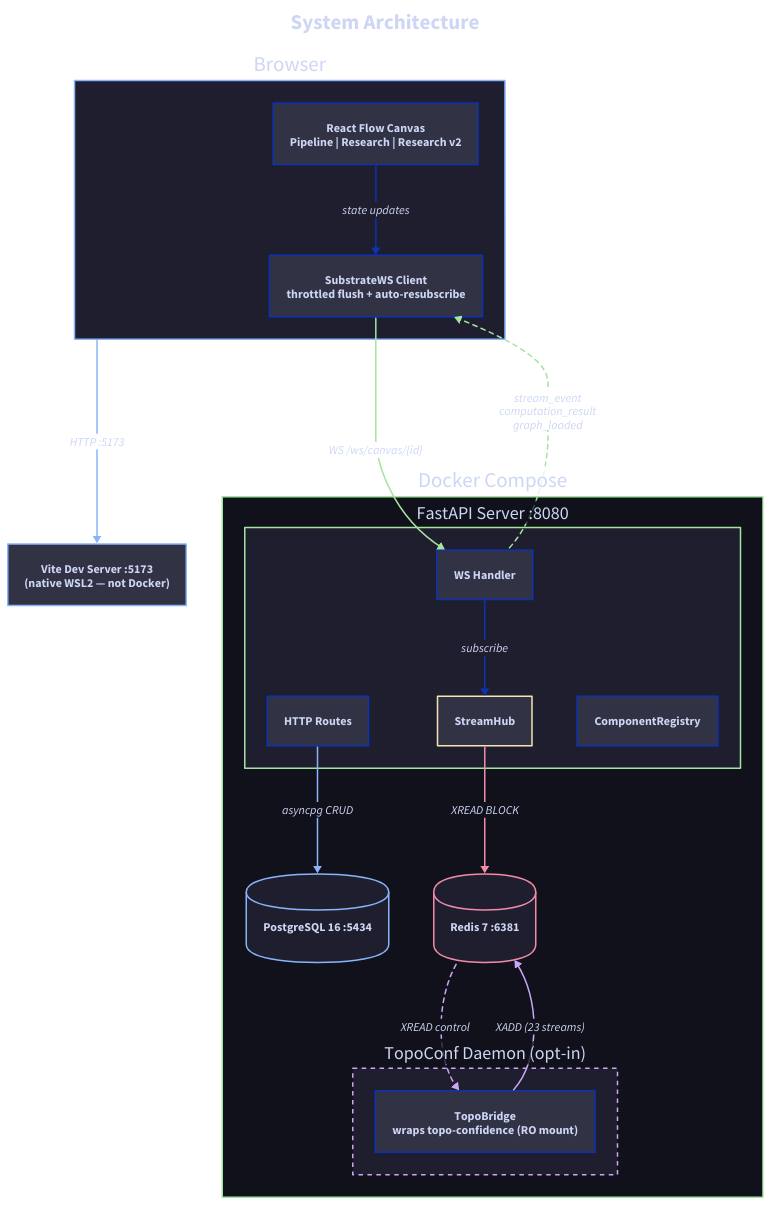
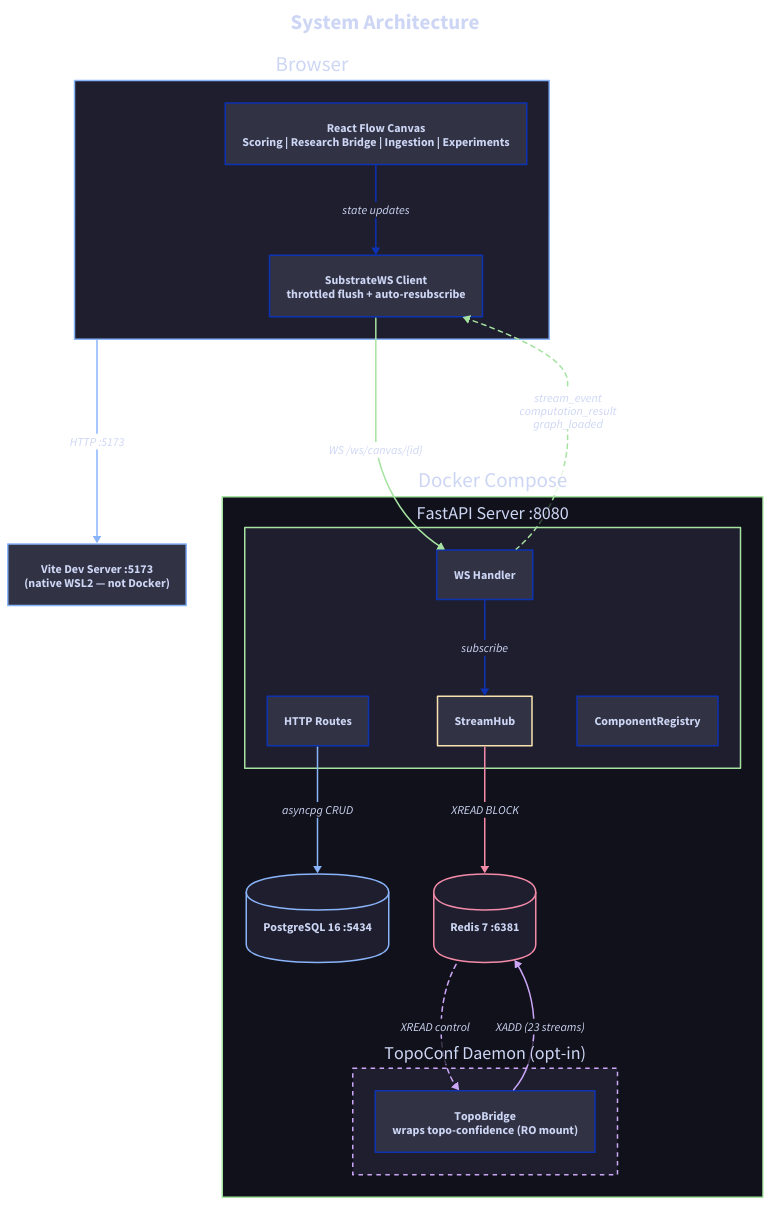
Before and after one commit to musicofhel/node-graph-substrate: the diagram in docs/diagrams/01-system-architecture.d2, drawn with D2. The commit also changed 13 other files, not shown here.

First line of the commit message:
docs: update + re-render D2 diagrams to match pack-based architecture

```diff
--- a/docs/diagrams/01-system-architecture.d2
+++ b/docs/diagrams/01-system-architecture.d2
@@ -1,135 +1,135 @@
 direction: down
 
 title: {
   label: System Architecture
   near: top-center
   shape: text
   style.font-size: 28
   style.bold: true
   style.font-color: "#cdd6f4"
 }
 
 browser: Browser {
   style.fill: "#1e1e2e"
   style.stroke: "#89b4fa"
   style.font-color: "#cdd6f4"
 
-  react: "React Flow Canvas\nPipeline | Research | Research v2" {
+  react: "React Flow Canvas\nScoring | Research Bridge | Ingestion | Experiments" {
     style.fill: "#313244"
     style.font-color: "#cdd6f4"
   }
   ws_client: "SubstrateWS Client\nthrottled flush + auto-resubscribe" {
     style.fill: "#313244"
     style.font-color: "#cdd6f4"
   }
   react -> ws_client: "state updates" {
     style.stroke-width: 2
     style.font-color: "#cdd6f4"
   }
 }
 
 vite: "Vite Dev Server :5173\n(native WSL2 — not Docker)" {
   style.fill: "#313244"
   style.stroke: "#89b4fa"
   style.font-color: "#cdd6f4"
 }
 
 docker: Docker Compose {
   style.fill: "#11111b"
   style.stroke: "#a6e3a1"
   style.font-color: "#cdd6f4"
 
   server: "FastAPI Server :8080" {
     style.fill: "#1e1e2e"
     style.stroke: "#a6e3a1"
     style.font-color: "#cdd6f4"
 
     http: HTTP Routes {
       style.fill: "#313244"
       style.font-color: "#cdd6f4"
     }
     ws_handler: WS Handler {
       style.fill: "#313244"
       style.font-color: "#cdd6f4"
     }
     streamhub: StreamHub {
       style.fill: "#313244"
       style.stroke: "#f9e2af"
       style.font-color: "#cdd6f4"
     }
     registry: ComponentRegistry {
       style.fill: "#313244"
       style.font-color: "#cdd6f4"
     }
 
     ws_handler -> streamhub: "subscribe" {
       style.stroke-width: 2
       style.font-color: "#cdd6f4"
     }
   }
 
   postgres: "PostgreSQL 16 :5434" {
     style.fill: "#1e1e2e"
     style.stroke: "#89b4fa"
     style.font-color: "#cdd6f4"
     shape: cylinder
   }
 
   redis: "Redis 7 :6381" {
     style.fill: "#1e1e2e"
     style.stroke: "#f38ba8"
     style.font-color: "#cdd6f4"
     shape: cylinder
   }
 
   daemon: "TopoConf Daemon (opt-in)" {
     style.fill: "#1e1e2e"
     style.stroke: "#cba6f7"
     style.font-color: "#cdd6f4"
     style.stroke-dash: 3
 
     adapter: "TopoBridge\nwraps topo-confidence (RO mount)" {
       style.fill: "#313244"
       style.font-color: "#cdd6f4"
     }
   }
 
   server.http -> postgres: "asyncpg CRUD" {
     style.stroke: "#89b4fa"
     style.stroke-width: 2
     style.font-color: "#cdd6f4"
   }
   server.streamhub -> redis: "XREAD BLOCK" {
     style.stroke: "#f38ba8"
     style.stroke-width: 2
     style.font-color: "#cdd6f4"
   }
   daemon.adapter -> redis: "XADD (23 streams)" {
     style.stroke: "#cba6f7"
     style.stroke-width: 2
     style.font-color: "#cdd6f4"
   }
   daemon.adapter <- redis: "XREAD control" {
     style.stroke: "#cba6f7"
     style.stroke-width: 2
     style.stroke-dash: 3
     style.font-color: "#cdd6f4"
   }
 }
 
 browser -> vite: "HTTP :5173" {
   style.stroke: "#89b4fa"
   style.stroke-width: 2
   style.font-color: "#cdd6f4"
 }
 browser.ws_client -> docker.server.ws_handler: "WS /ws/canvas/{id}" {
   style.stroke: "#a6e3a1"
   style.stroke-width: 2
   style.font-color: "#cdd6f4"
 }
 browser.ws_client <- docker.server.ws_handler: "stream_event\ncomputation_result\ngraph_loaded" {
   style.stroke: "#a6e3a1"
   style.stroke-width: 2
   style.stroke-dash: 3
   style.font-color: "#cdd6f4"
 }
```
